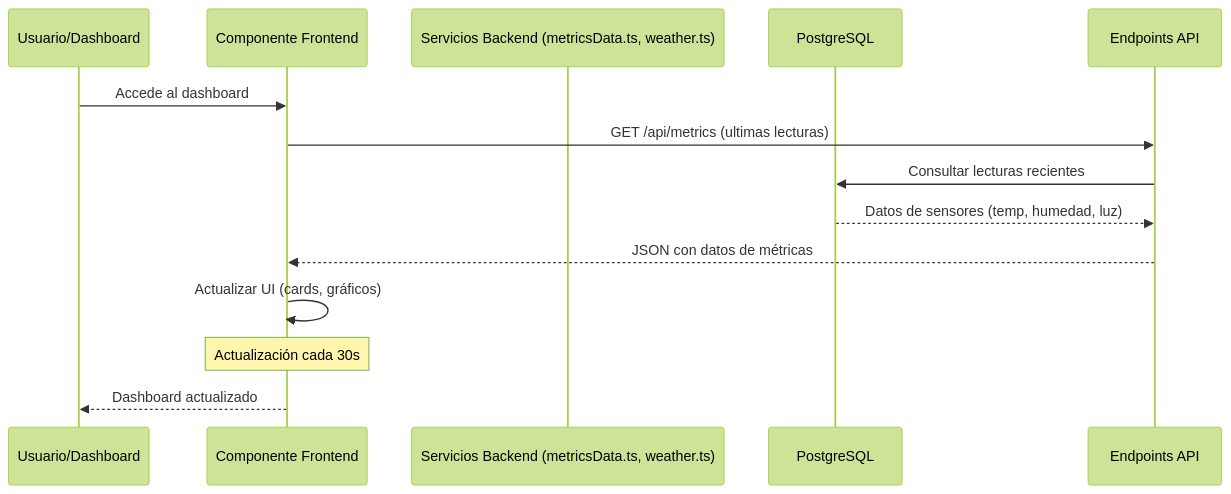
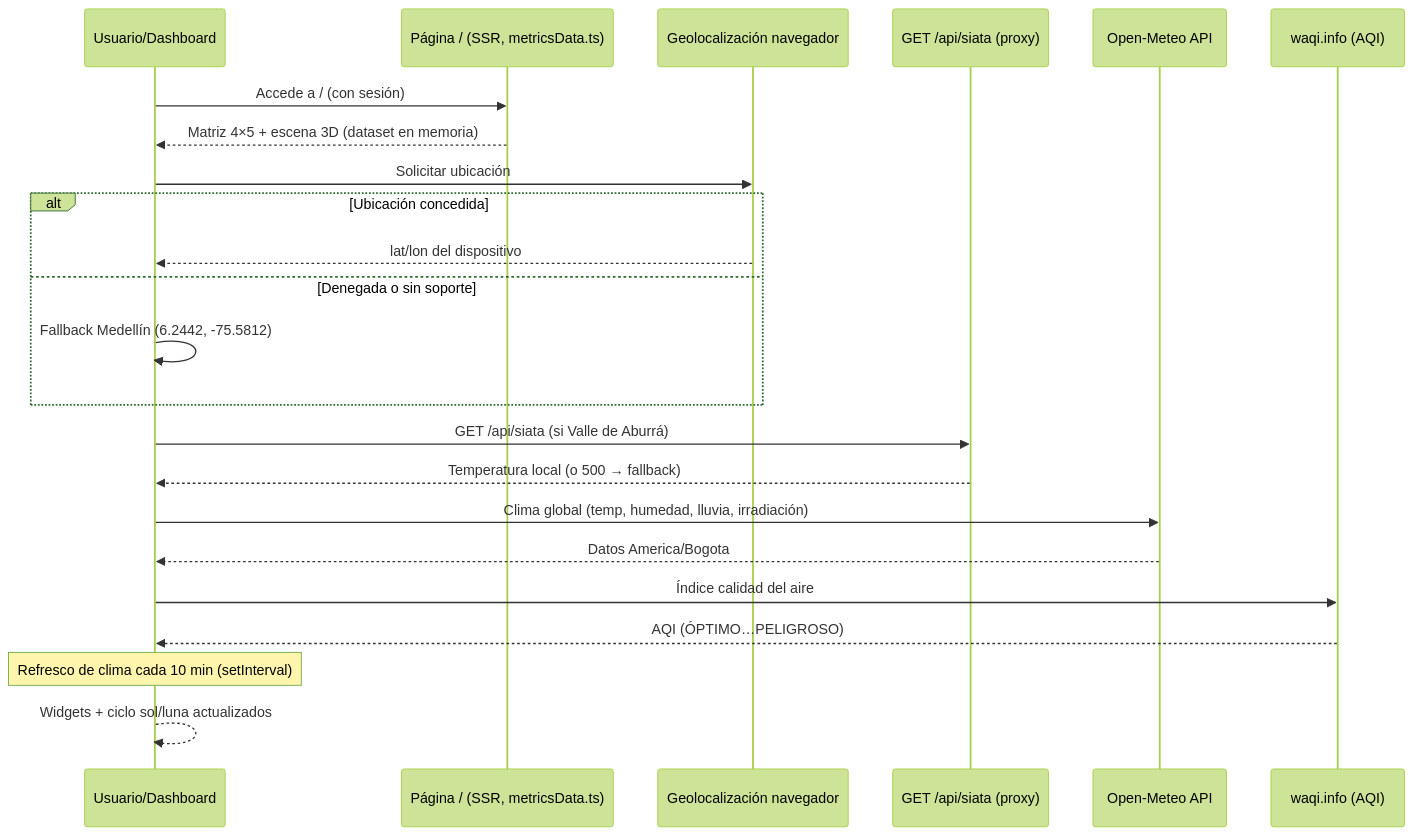
One commit to Jdgb22/Proyect_invernadero changed the second of 4 diagrams in docs/SEQUENCE_DIAGRAMS.md. Above: the diagram before and after it, drawn with Mermaid (forest theme). The commit also changed other lines of this file and 21 other files, not shown here.

````diff
--- a/docs/SEQUENCE_DIAGRAMS.md
+++ b/docs/SEQUENCE_DIAGRAMS.md
@@ -30,17 +30,26 @@
 ```mermaid
 sequenceDiagram
     participant User as Usuario/Dashboard
-    participant Front as Componente Frontend
-    participant Service as Servicios Backend (metricsData.ts, weather.ts)
-    participant DB as PostgreSQL
-    participant API as Endpoints API
+    participant Page as Página / (SSR, metricsData.ts)
+    participant Geo as Geolocalización navegador
+    participant Proxy as GET /api/siata (proxy)
+    participant OM as Open-Meteo API
+    participant AQI as waqi.info (AQI)
 
-    User->>Front: Accede al dashboard
-    Front->>API: GET /api/metrics (ultimas lecturas)
-    API->>DB: Consultar lecturas recientes
-    DB-->>API: Datos de sensores (temp, humedad, luz)
-    API-->>Front: JSON con datos de métricas
-    Front->>Front: Actualizar UI (cards, gráficos)
-    Note over Front: Actualización cada 30s
-    Front-->>User: Dashboard actualizado
+    User->>Page: Accede a / (con sesión)
+    Page-->>User: Matriz 4×5 + escena 3D (dataset en memoria)
+    User->>Geo: Solicitar ubicación
+    alt Ubicación concedida
+        Geo-->>User: lat/lon del dispositivo
+    else Denegada o sin soporte
+        User->>User: Fallback Medellín (6.2442, -75.5812)
+    end
+    User->>Proxy: GET /api/siata (si Valle de Aburrá)
+    Proxy-->>User: Temperatura local (o 500 → fallback)
+    User->>OM: Clima global (temp, humedad, lluvia, irradiación)
+    OM-->>User: Datos America/Bogota
+    User->>AQI: Índice calidad del aire
+    AQI-->>User: AQI (ÓPTIMO…PELIGROSO)
+    Note over User: Refresco de clima cada 10 min (setInterval)
+    User-->>User: Widgets + ciclo sol/luna actualizados
 ```
````
